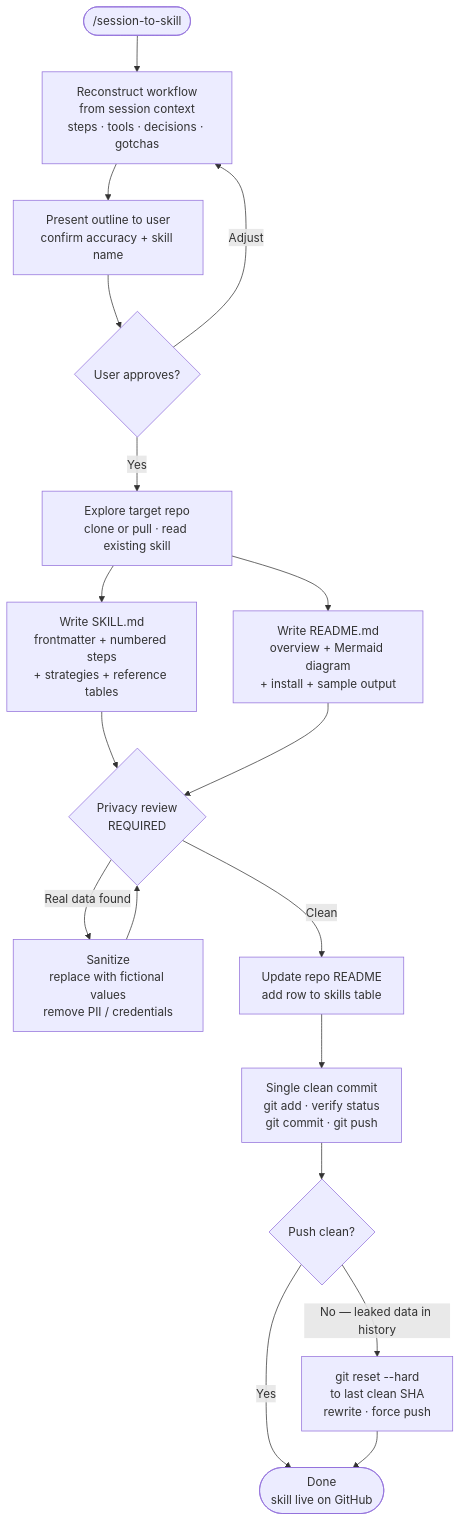
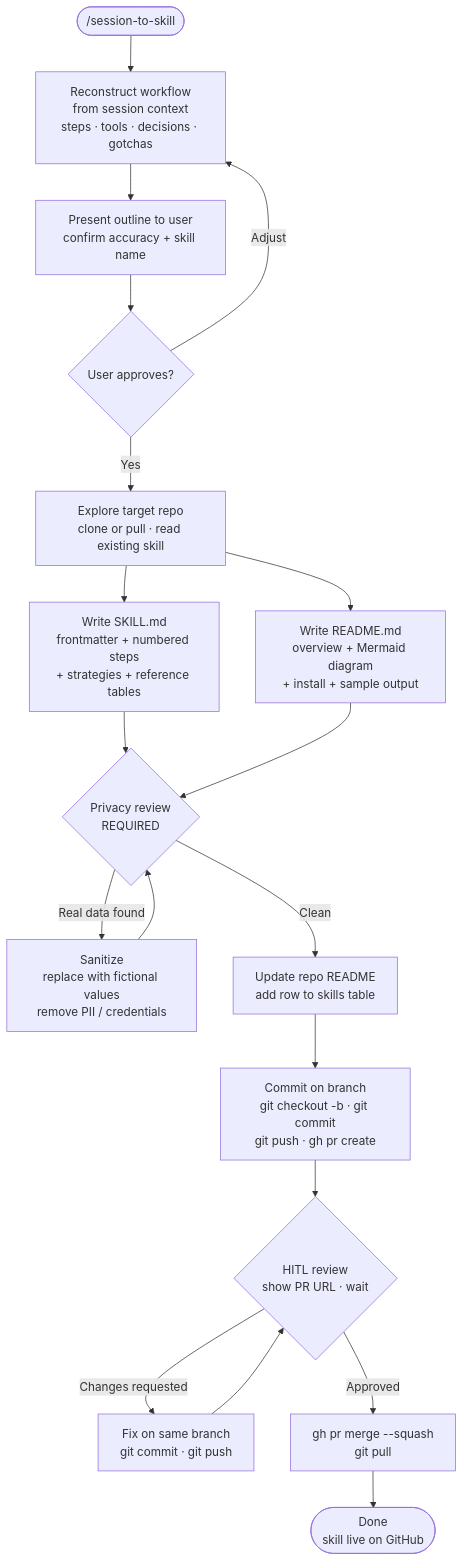
Before and after one commit to biomystery/claude-skills: the diagram in session-to-skill/README.md, drawn with Mermaid. The commit also changed 3 other files, not shown here.

First line of the commit message:
session-to-skill, skill-auditor: add PR + HITL review workflow

````diff
--- a/session-to-skill/README.md
+++ b/session-to-skill/README.md
@@ -16,25 +16,27 @@
 ```mermaid
 flowchart TD
     A(["/session-to-skill"]) --> B[Reconstruct workflow\nfrom session context\nsteps · tools · decisions · gotchas]
     B --> C[Present outline to user\nconfirm accuracy + skill name]
     C --> D{User approves?}
     D -->|Adjust| B
     D -->|Yes| E[Explore target repo\nclone or pull · read existing skill]
 
     E --> F[Write SKILL.md\nfrontmatter + numbered steps\n+ strategies + reference tables]
     E --> G[Write README.md\noverview + Mermaid diagram\n+ install + sample output]
 
     F --> H{Privacy review\nREQUIRED}
     G --> H
 
     H -->|Real data found| I[Sanitize\nreplace with fictional values\nremove PII / credentials]
     I --> H
     H -->|Clean| J[Update repo README\nadd row to skills table]
 
-    J --> K[Single clean commit\ngit add · verify status\ngit commit · git push]
+    J --> K[Commit on branch\ngit checkout -b · git commit\ngit push · gh pr create]
 
-    K --> L{Push clean?}
-    L -->|Yes| M(["Done\nskill live on GitHub"])
-    L -->|No — leaked data in history| N["git reset --hard\nto last clean SHA\nrewrite · force push"]
-    N --> M
+    K --> L{HITL review\nshow PR URL · wait}
+    L -->|Changes requested| M[Fix on same branch\ngit commit · git push]
+    M --> L
+    L -->|Approved| N[gh pr merge --squash\ngit pull]
+
+    N --> O(["Done\nskill live on GitHub"])
 ```
````
